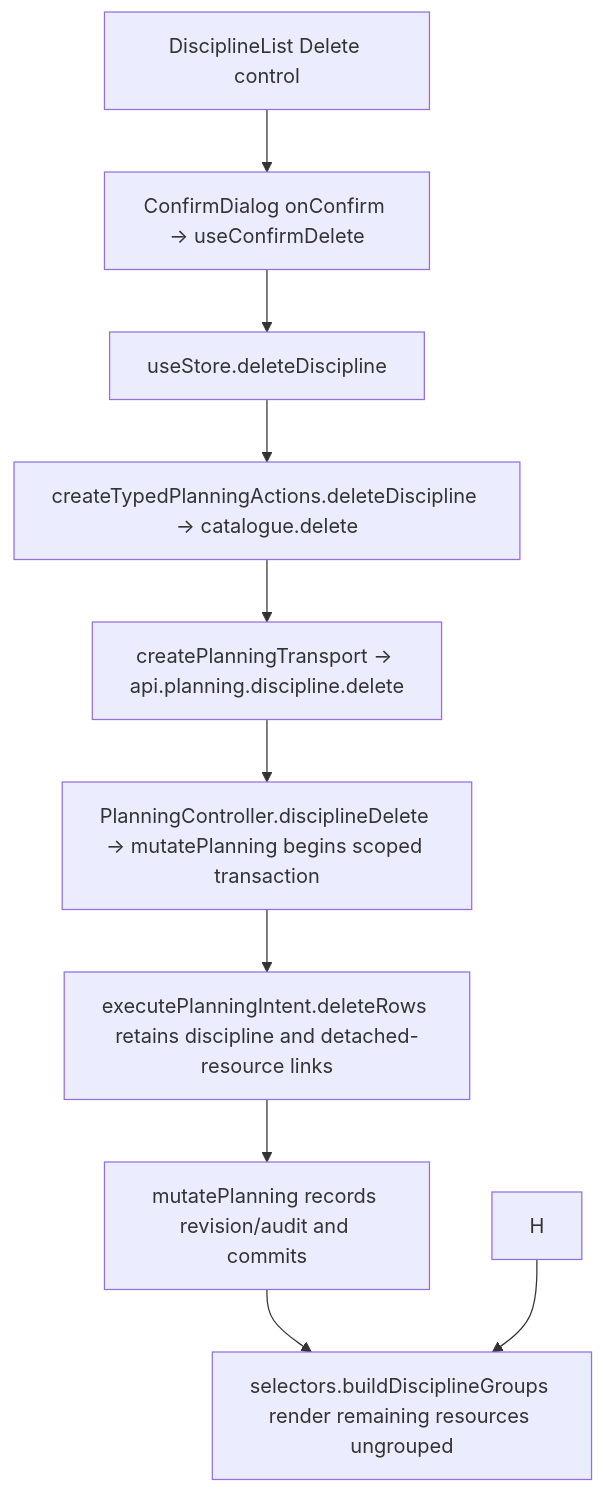
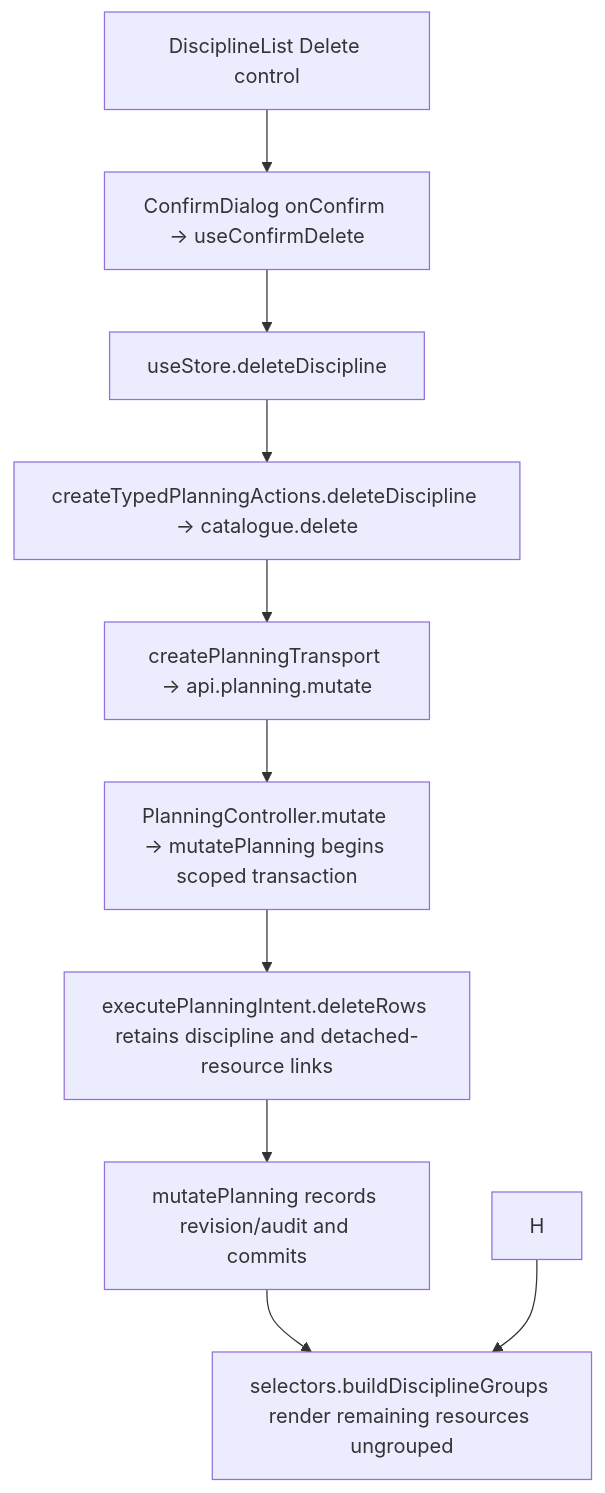
One commit to Kevinjohn/capacitylens changed the second of 2 diagrams in user-stories/disciplines/US-DIS-03-delete-discipline-ungroups.md. Above: the diagram before and after it, drawn with Mermaid. The commit also changed 115 other files, not shown here.

````diff
--- a/user-stories/disciplines/US-DIS-03-delete-discipline-ungroups.md
+++ b/user-stories/disciplines/US-DIS-03-delete-discipline-ungroups.md
@@ -28,8 +28,8 @@
 ```mermaid
 flowchart TD
   A["DisciplineList Delete control"] --> B["ConfirmDialog onConfirm → useConfirmDelete"] --> C["useStore.deleteDiscipline"]
-  C --> D["createTypedPlanningActions.deleteDiscipline → catalogue.delete"] --> E["createPlanningTransport → api.planning.discipline.delete"]
-  E --> F["PlanningController.disciplineDelete → mutatePlanning begins scoped transaction"] --> G["executePlanningIntent.deleteRows retains discipline and detached-resource links"] --> K["mutatePlanning records revision/audit and commits"]
+  C --> D["createTypedPlanningActions.deleteDiscipline → catalogue.delete"] --> E["createPlanningTransport → api.planning.mutate"]
+  E --> F["PlanningController.mutate → mutatePlanning begins scoped transaction"] --> G["executePlanningIntent.deleteRows retains discipline and detached-resource links"] --> K["mutatePlanning records revision/audit and commits"]
   K --> I["selectors.buildDisciplineGroups render remaining resources ungrouped"]
   H --> I
 ```
````
